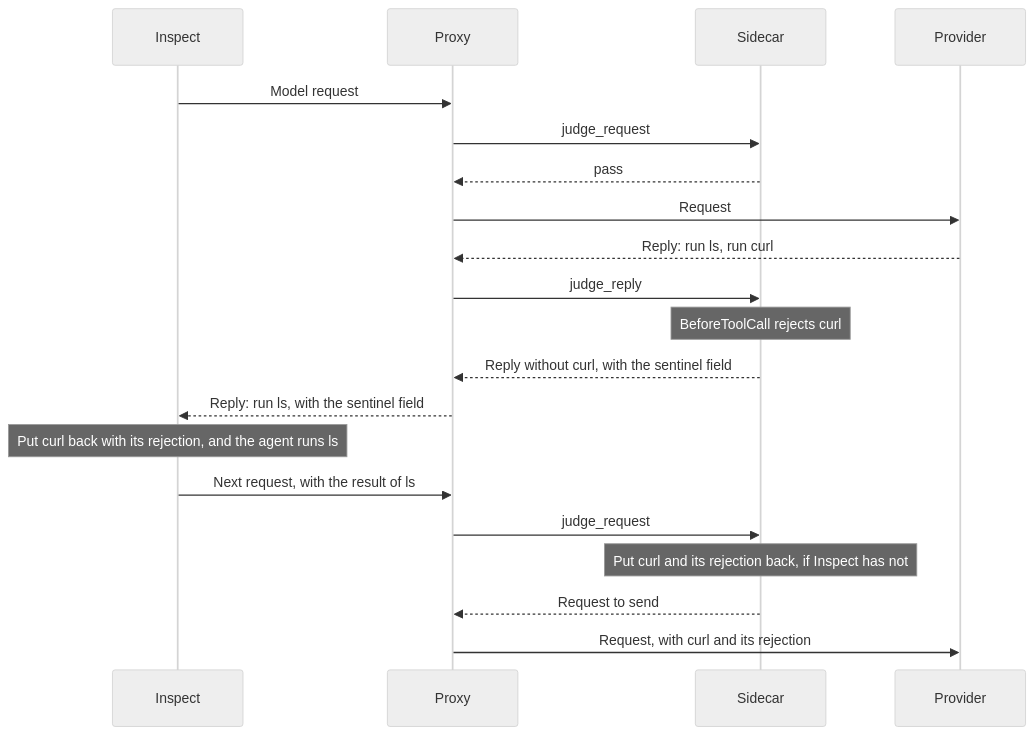
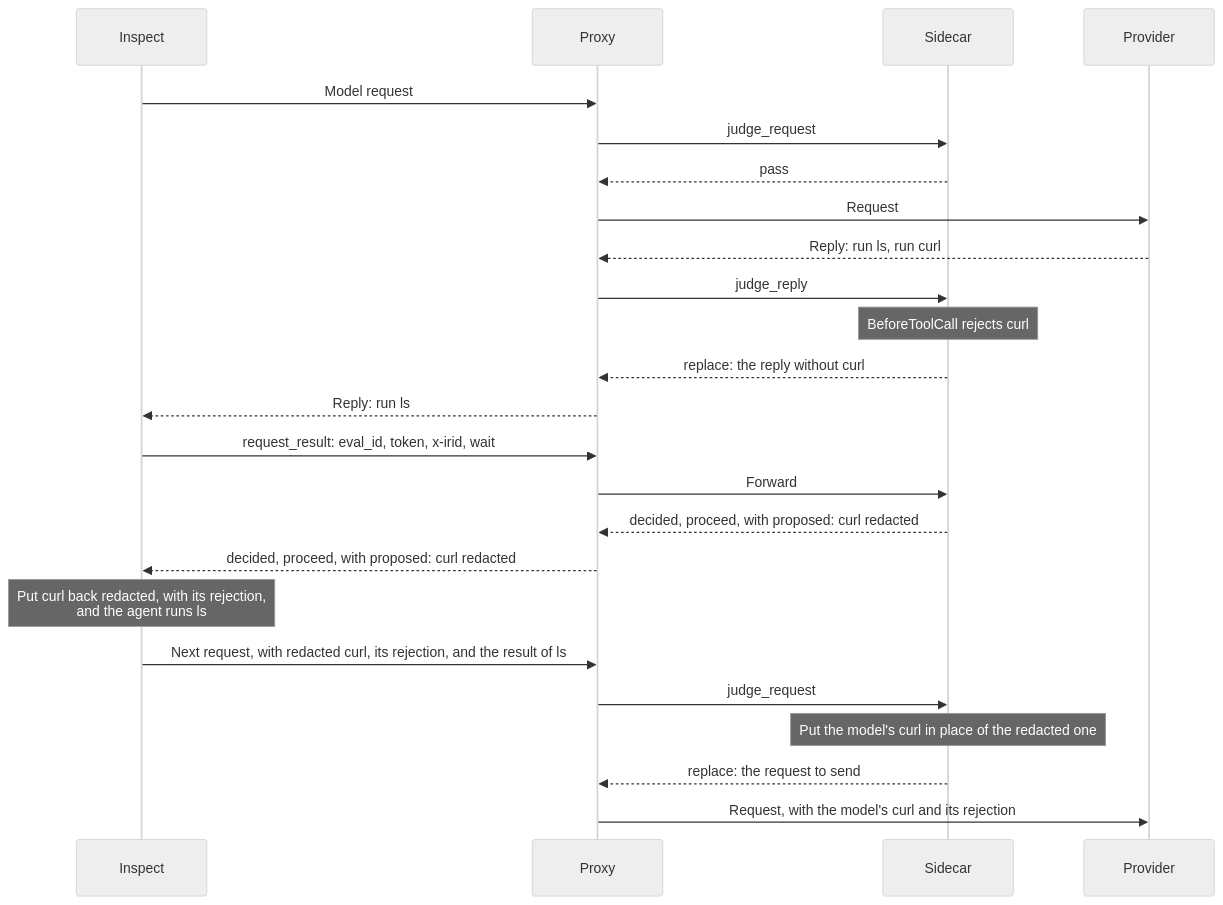
The fourth of 9 diagrams in design/sidecar.md (meridianlabs-ai/inspect_sentinel), drawn with Mermaid (neutral theme) before and after one commit. The commit also changed other lines of this file and 2 other files, not shown here.

First line of the commit message:
docs(design): ask the sidecar for each judgment instead of reading a field from replies

````diff
--- a/design/sidecar.md
+++ b/design/sidecar.md
@@ -700,22 +721,26 @@
 ```mermaid
 sequenceDiagram
     participant I as Inspect
     participant P as Proxy
     participant S as Sidecar
     participant M as Provider
     I->>P: Model request
     P->>S: judge_request
     S-->>P: pass
     P->>M: Request
     M-->>P: Reply: run ls, run curl
     P->>S: judge_reply
     Note over S: BeforeToolCall rejects curl
-    S-->>P: Reply without curl, with the sentinel field
-    P-->>I: Reply: run ls, with the sentinel field
-    Note over I: Put curl back with its rejection, and the agent runs ls
-    I->>P: Next request, with the result of ls
+    S-->>P: replace: the reply without curl
+    P-->>I: Reply: run ls
+    I->>P: request_result: eval_id, token, x-irid, wait
+    P->>S: Forward
+    S-->>P: decided, proceed, with proposed: curl redacted
+    P-->>I: decided, proceed, with proposed: curl redacted
+    Note over I: Put curl back redacted, with its rejection,<br/>and the agent runs ls
+    I->>P: Next request, with redacted curl, its rejection, and the result of ls
     P->>S: judge_request
-    Note over S: Put curl and its rejection back, if Inspect has not
-    S-->>P: Request to send
-    P->>M: Request, with curl and its rejection
+    Note over S: Put the model's curl in place of the redacted one
+    S-->>P: replace: the request to send
+    P->>M: Request, with the model's curl and its rejection
 ```
````
